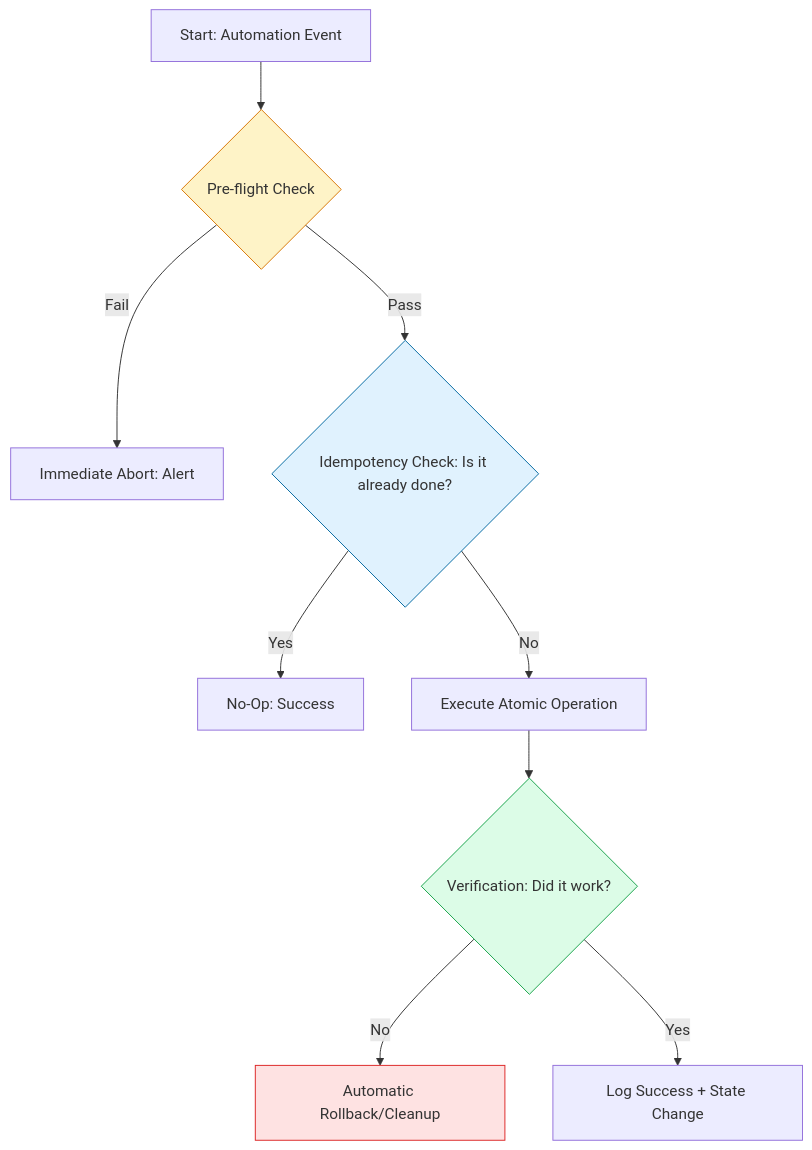
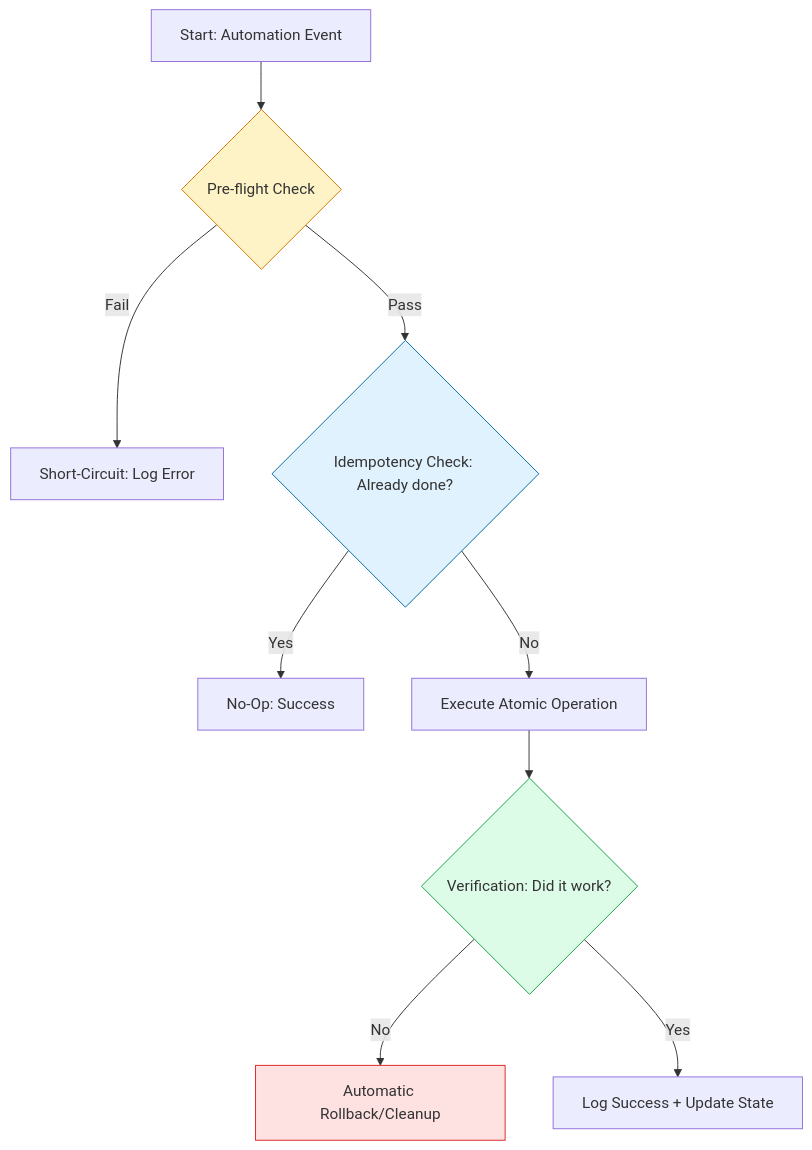
One commit to Ganil151/Devops changed the diagram in 2-Intermediate/02-Phase-2/01-Infrastructure-Automation/04-Automation-Best-Practices/README.md. Above: the diagram before and after it, drawn with Mermaid. The commit also changed other lines of this file and 230 other files, not shown here.

````diff
--- a/2-Intermediate/02-Phase-2/01-Infrastructure-Automation/04-Automation-Best-Practices/README.md
+++ b/2-Intermediate/02-Phase-2/01-Infrastructure-Automation/04-Automation-Best-Practices/README.md
@@ -13,16 +61,16 @@
 ```mermaid
 graph TD
     A[Start: Automation Event] --> B{Pre-flight Check}
-    B -- Fail --> C[Immediate Abort: Alert]
-    B -- Pass --> D{Idempotency Check: Is it already done?}
+    B -- Fail --> C[Short-Circuit: Log Error]
+    B -- Pass --> D{Idempotency Check: Already done?}
     D -- Yes --> E[No-Op: Success]
     D -- No --> F[Execute Atomic Operation]
     F --> G{Verification: Did it work?}
     G -- No --> H[Automatic Rollback/Cleanup]
-    G -- Yes --> I[Log Success + State Change]
+    G -- Yes --> I[Log Success + Update State]
     
     style B fill:#fef3c7,stroke:#d97706
     style D fill:#e0f2fe,stroke:#0369a1
     style G fill:#dcfce7,stroke:#16a34a
     style H fill:#fee2e2,stroke:#dc2626
 ```
````
